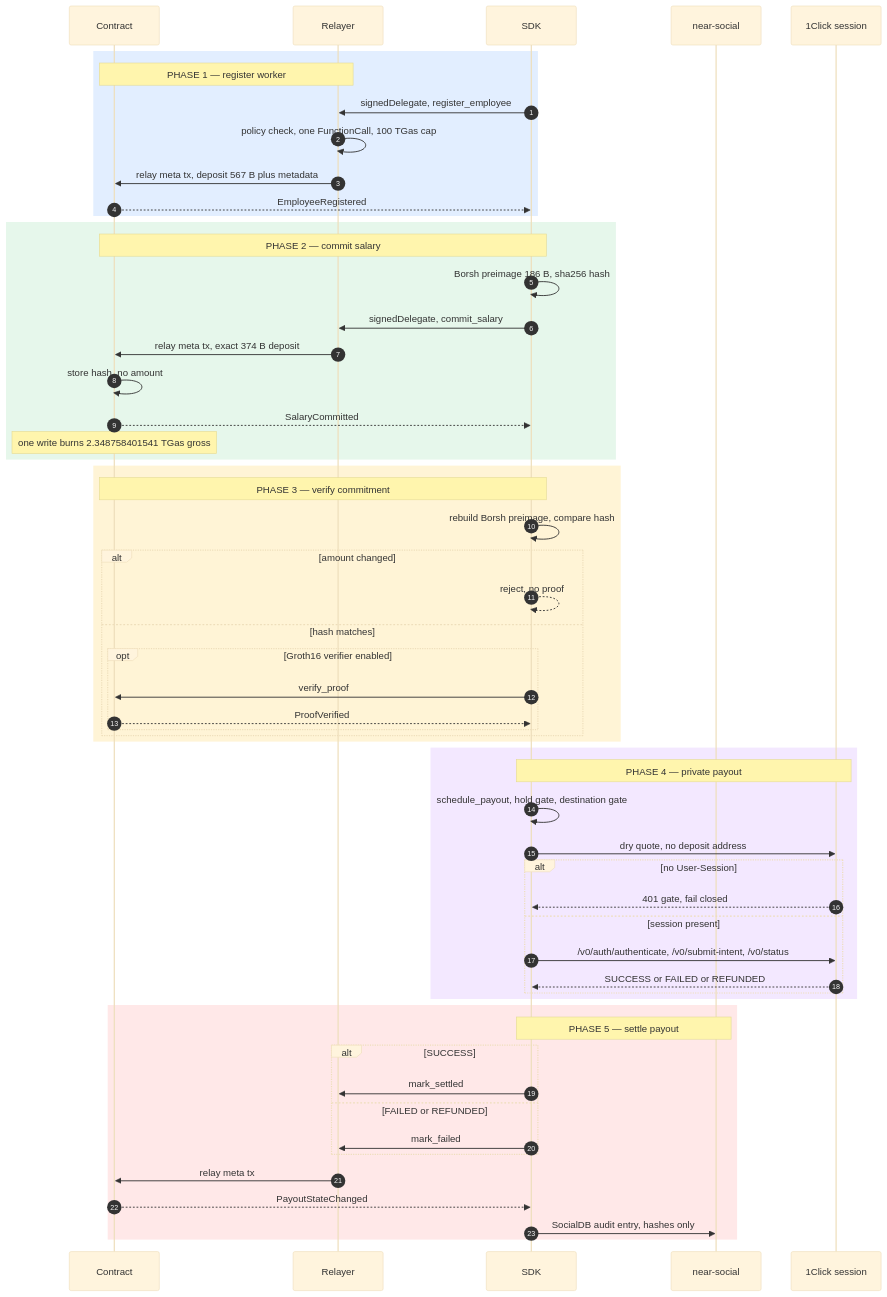
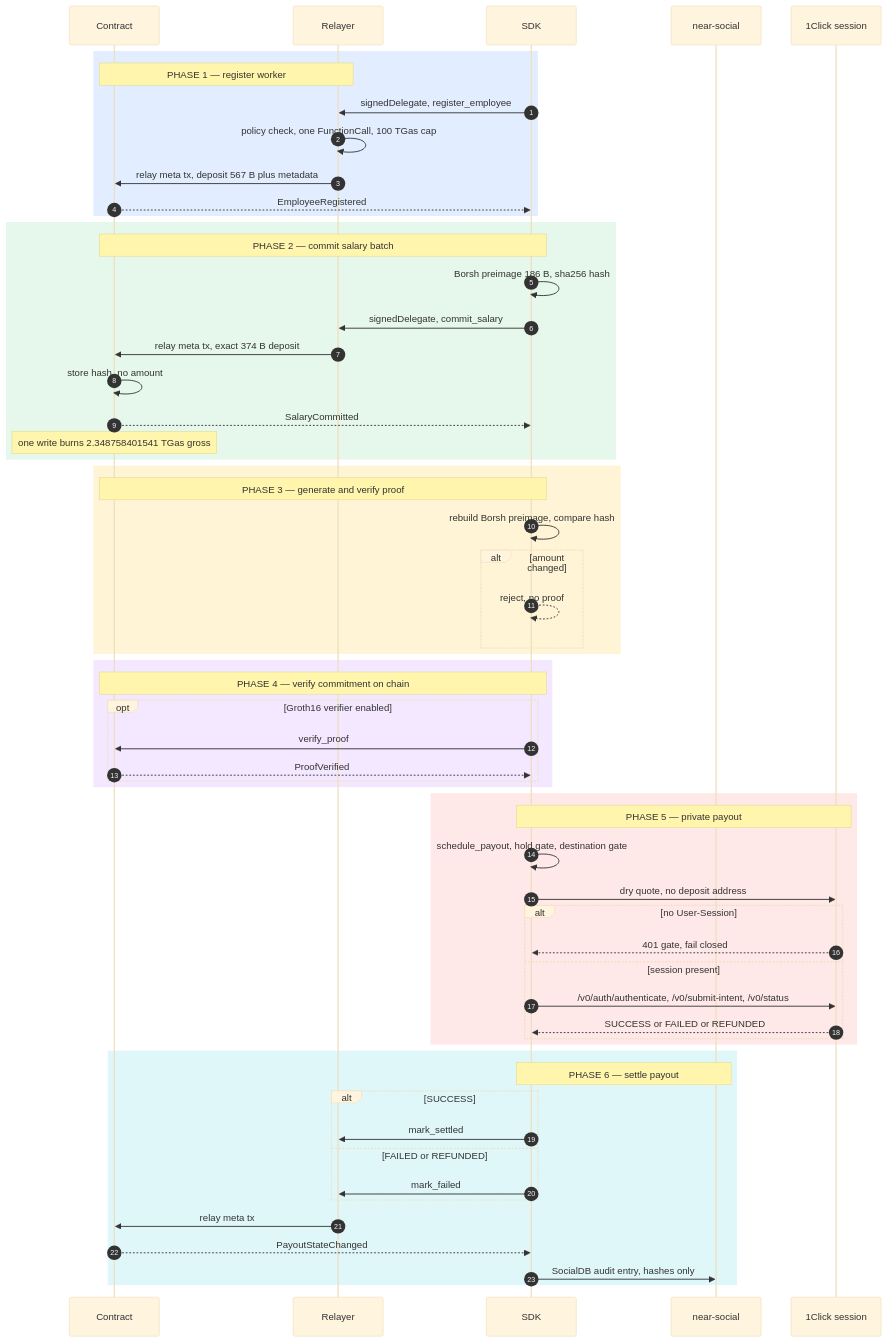
The diagram in README.md (amolikpe-bit/private-payroll-payments), drawn with Mermaid before and after one commit.

Commit message:
docs(subrosa): expand diagram to 6 phases

````diff
--- a/README.md
+++ b/README.md
@@ -7,60 +7,62 @@
 ```mermaid
 %%{init: {"theme":"base","themeVariables":{"fontSize":"14px"}}}%%
 sequenceDiagram
     autonumber
     participant C as Contract
     participant R as Relayer
     participant S as SDK
     participant N as near-social
     participant O as 1Click session
     rect rgb(226,238,255)
     Note over R,C: PHASE 1 — register worker
     S->>R: signedDelegate, register_employee
     R->>R: policy check, one FunctionCall, 100 TGas cap
     R->>C: relay meta tx, deposit 567 B plus metadata
     C-->>S: EmployeeRegistered
     end
     rect rgb(230,247,235)
-    Note over S,C: PHASE 2 — commit salary
+    Note over S,C: PHASE 2 — commit salary batch
     S->>S: Borsh preimage 186 B, sha256 hash
     S->>R: signedDelegate, commit_salary
     R->>C: relay meta tx, exact 374 B deposit
     C->>C: store hash, no amount
     C-->>S: SalaryCommitted
     Note over C: one write burns 2.348758401541 TGas gross
     end
     rect rgb(255,244,214)
-    Note over S,C: PHASE 3 — verify commitment
+    Note over S,C: PHASE 3 — generate and verify proof
     S->>S: rebuild Borsh preimage, compare hash
     alt amount changed
         S-->>S: reject, no proof
-    else hash matches
-        opt Groth16 verifier enabled
-            S->>C: verify_proof
-            C-->>S: ProofVerified
-        end
     end
     end
     rect rgb(243,232,255)
-    Note over S,O: PHASE 4 — private payout
+    Note over S,C: PHASE 4 — verify commitment on chain
+    opt Groth16 verifier enabled
+        S->>C: verify_proof
+        C-->>S: ProofVerified
+    end
+    end
+    rect rgb(255,232,232)
+    Note over S,O: PHASE 5 — private payout
     S->>S: schedule_payout, hold gate, destination gate
     S->>O: dry quote, no deposit address
     alt no User-Session
         O-->>S: 401 gate, fail closed
     else session present
         S->>O: /v0/auth/authenticate, /v0/submit-intent, /v0/status
         O-->>S: SUCCESS or FAILED or REFUNDED
     end
     end
-    rect rgb(255,232,232)
-    Note over S,N: PHASE 5 — settle payout
+    rect rgb(224,247,250)
+    Note over S,N: PHASE 6 — settle payout
     alt SUCCESS
         S->>R: mark_settled
     else FAILED or REFUNDED
         S->>R: mark_failed
     end
     R->>C: relay meta tx
     C-->>S: PayoutStateChanged
     S->>N: SocialDB audit entry, hashes only
     end
 ```
````
